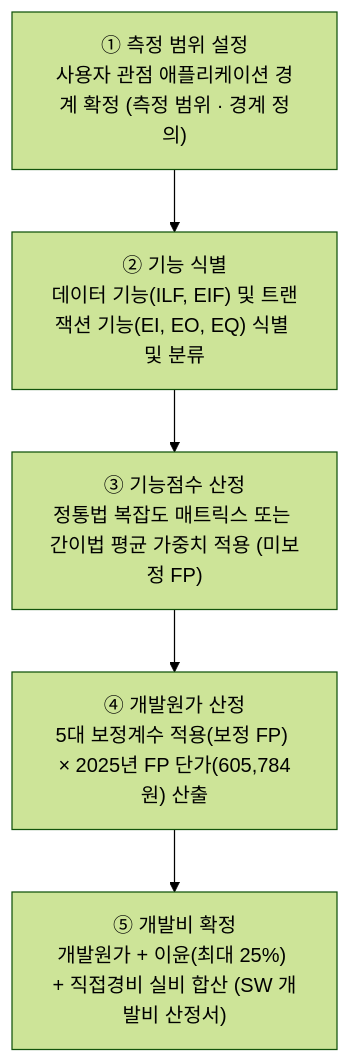
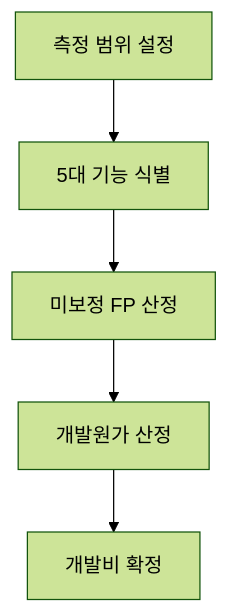
The first of 2 diagrams in src/content/docs/notes/itpe/01-it-strategy/113_software_cost_estimation.md (agnusdei1207/study), drawn with Mermaid (forest theme) before and after one commit. The commit also changed other lines of this file and 18 other files, not shown here.

````diff
--- a/src/content/docs/notes/itpe/01-it-strategy/113_software_cost_estimation.md
+++ b/src/content/docs/notes/itpe/01-it-strategy/113_software_cost_estimation.md
@@ -85,9 +66,4 @@
 ```mermaid
 flowchart TD
-    S1["① 측정 범위 설정<br/>사용자 관점 애플리케이션 경계 확정 (측정 범위 · 경계 정의)"]
-    S2["② 기능 식별<br/>데이터 기능(ILF, EIF) 및 트랜잭션 기능(EI, EO, EQ) 식별 및 분류"]
-    S3["③ 기능점수 산정<br/>정통법 복잡도 매트릭스 또는 간이법 평균 가중치 적용 (미보정 FP)"]
-    S4["④ 개발원가 산정<br/>5대 보정계수 적용(보정 FP) × 2025년 FP 단가(605,784원) 산출"]
-    S5["⑤ 개발비 확정<br/>개발원가 + 이윤(최대 25%) + 직접경비 실비 합산 (SW 개발비 산정서)"]
-    S1 --> S2 --> S3 --> S4 --> S5
+    S1["측정 범위 설정"] --> S2["5대 기능 식별"] --> S3["미보정 FP 산정"] --> S4["개발원가 산정"] --> S5["개발비 확정"]
 ```
````
